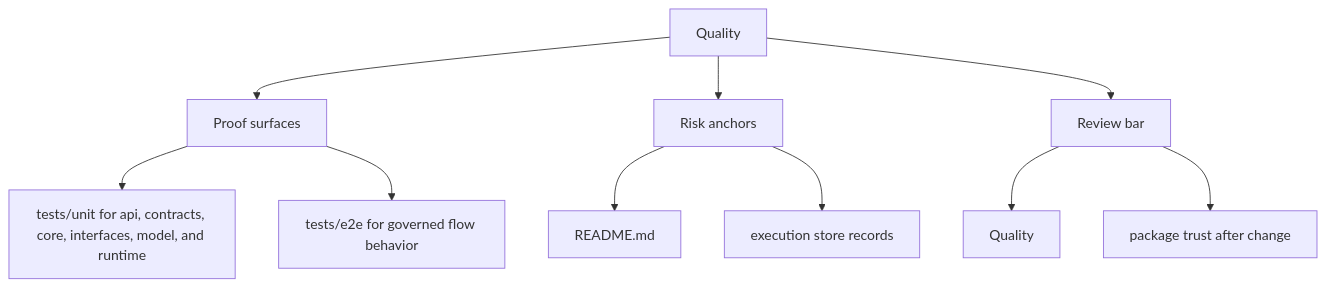
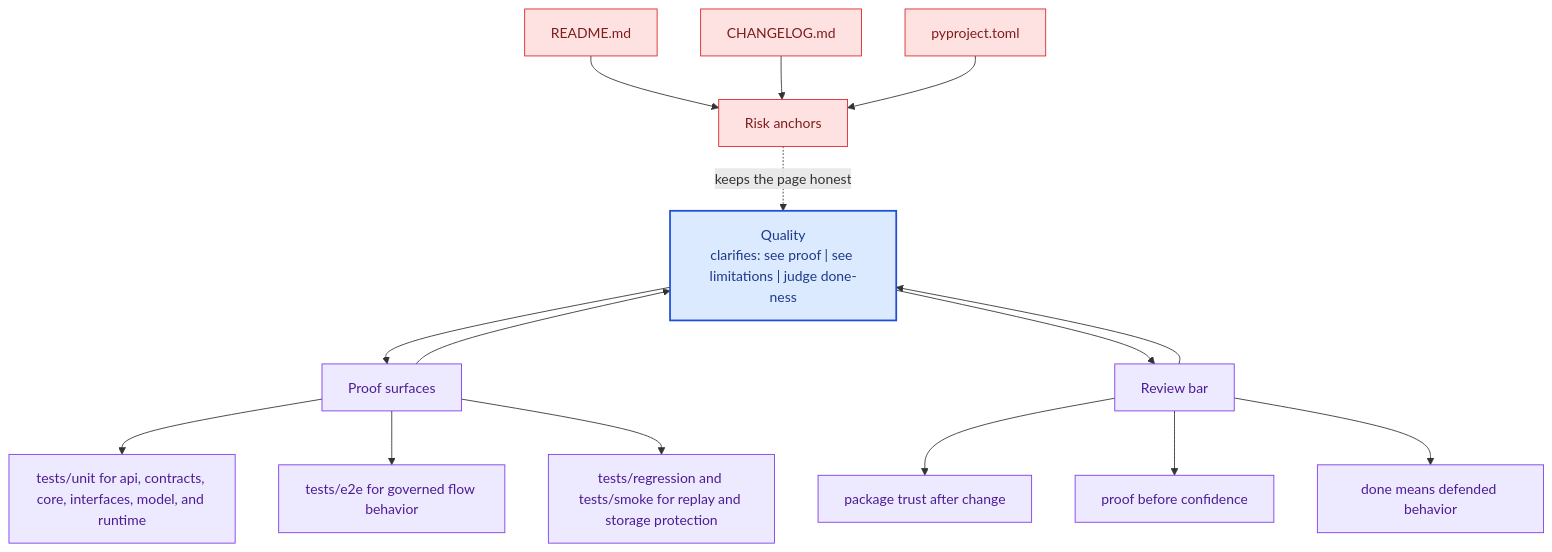
Before and after one commit to bijux/bijux-canon: the second of 2 diagrams in docs/bijux-canon-runtime/quality/index.md, drawn with Mermaid. The commit also changed other lines of this file and 281 other files, not shown here.

Commit message:
docs(diagrams): deepen handbook mermaid maps across the catalog

````diff
--- a/docs/bijux-canon-runtime/quality/index.md
+++ b/docs/bijux-canon-runtime/quality/index.md
@@ -32,22 +65,41 @@
 ```mermaid
-flowchart TD
-    page["Quality"]
+flowchart TB
+    promise["Quality<br/>clarifies: see proof | see limitations | judge done-ness"]
+    classDef promise fill:#dbeafe,stroke:#1d4ed8,color:#1e3a8a,stroke-width:2px;
+    classDef driver fill:#dcfce7,stroke:#16a34a,color:#14532d;
+    classDef constraint fill:#fee2e2,stroke:#dc2626,color:#7f1d1d;
+    classDef ground fill:#ede9fe,stroke:#7c3aed,color:#4c1d95;
     focus1["Proof surfaces"]
-    page --> focus1
+    focus1 --> promise
+    promise --> focus1
     focus1_1["tests/unit for api, contracts, core, interfaces, model, and runtime"]
     focus1 --> focus1_1
     focus1_2["tests/e2e for governed flow behavior"]
     focus1 --> focus1_2
+    focus1_3["tests/regression and tests/smoke for replay and storage protection"]
+    focus1 --> focus1_3
+    class focus1 ground;
+    class focus1_1,focus1_2,focus1_3 ground;
     focus2["Risk anchors"]
-    page --> focus2
+    focus2 -.keeps the page honest.-> promise
     focus2_1["README.md"]
-    focus2 --> focus2_1
-    focus2_2["execution store records"]
-    focus2 --> focus2_2
+    focus2_1 --> focus2
+    focus2_2["CHANGELOG.md"]
+    focus2_2 --> focus2
+    focus2_3["pyproject.toml"]
+    focus2_3 --> focus2
+    class focus2 constraint;
+    class focus2_1,focus2_2,focus2_3 constraint;
     focus3["Review bar"]
-    page --> focus3
-    focus3_1["Quality"]
+    focus3 --> promise
+    promise --> focus3
+    focus3_1["package trust after change"]
     focus3 --> focus3_1
-    focus3_2["package trust after change"]
+    focus3_2["proof before confidence"]
     focus3 --> focus3_2
+    focus3_3["done means defended behavior"]
+    focus3 --> focus3_3
+    class focus3 ground;
+    class focus3_1,focus3_2,focus3_3 ground;
+    class promise promise;
 ```
````
